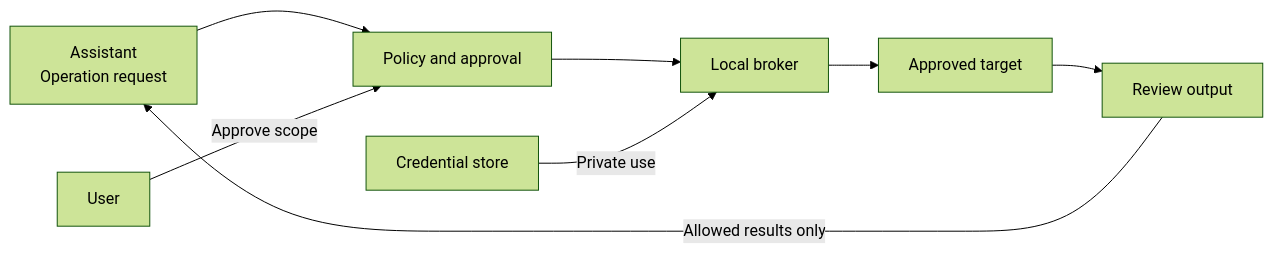
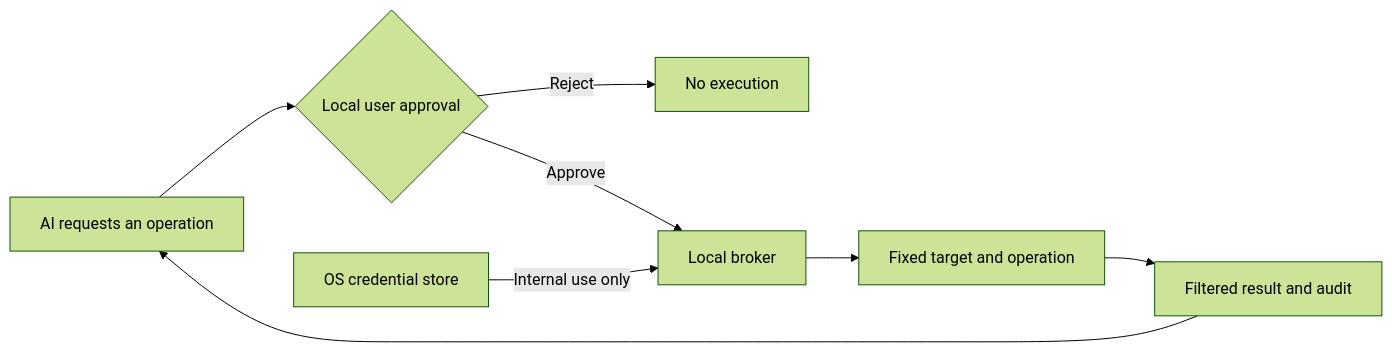
One commit to qq940500529/secretbridge changed the diagram in README.md. Above: the diagram before and after it, drawn with Mermaid (forest theme). The commit also changed other lines of this file and 105 other files, not shown here.

````diff
--- a/README.md
+++ b/README.md
@@ -49,10 +22,10 @@
 ```mermaid
 flowchart LR
-    A["Assistant<br/>Operation request"] --> B["Policy and approval"]
-    U["User"] -->|"Approve scope"| B
-    B --> C["Local broker"]
-    K["Credential store"] -->|"Private use"| C
-    C --> D["Approved target"]
-    D --> E["Review output"]
-    E -->|"Allowed results only"| A
+    A["AI requests an operation"] --> B{"Local user approval"}
+    B -->|Reject| X["No execution"]
+    B -->|Approve| C["Local broker"]
+    K["OS credential store"] -->|Internal use only| C
+    C --> D["Fixed target and operation"]
+    D --> E["Filtered result and audit"]
+    E --> A
 ```
````
